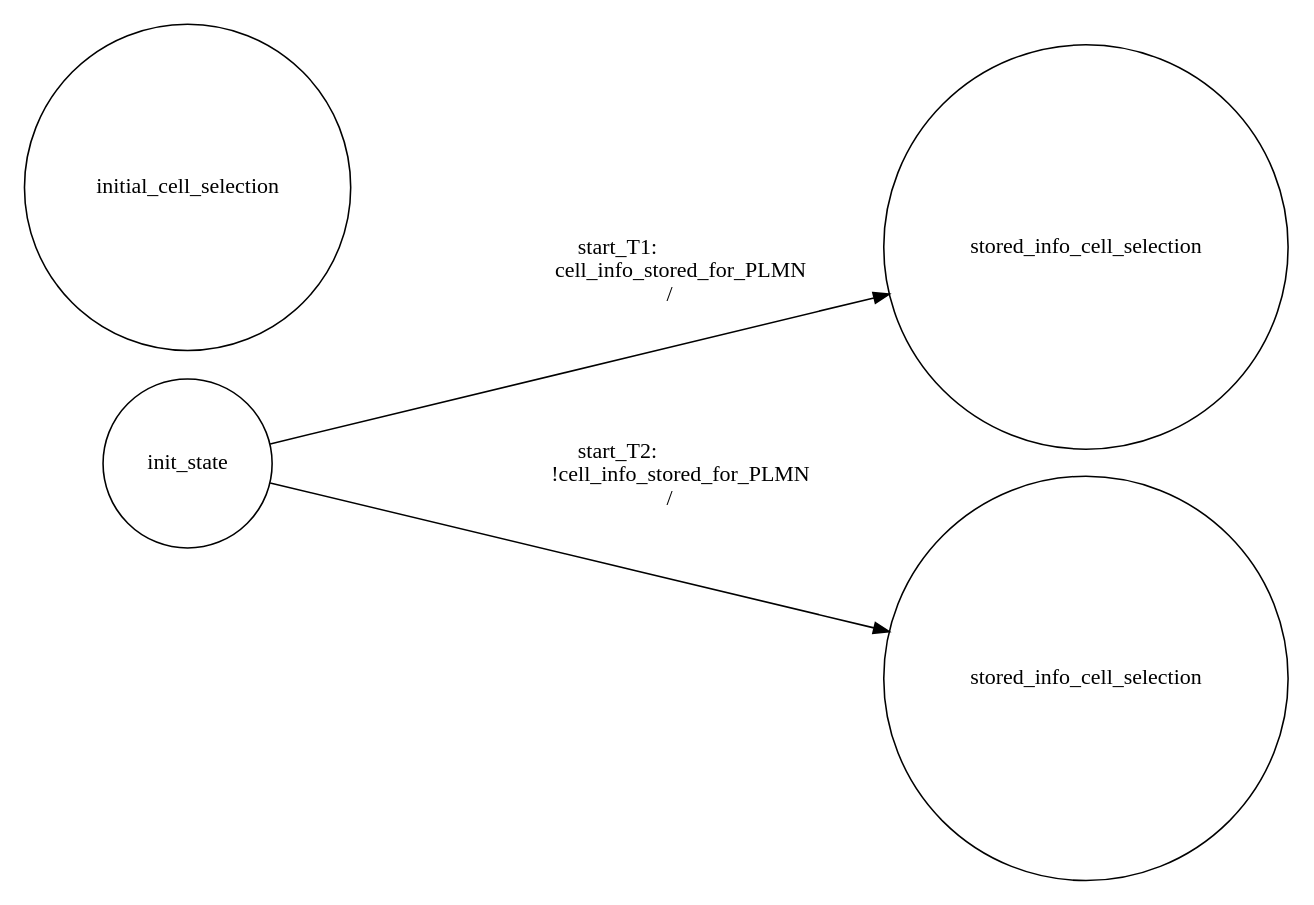
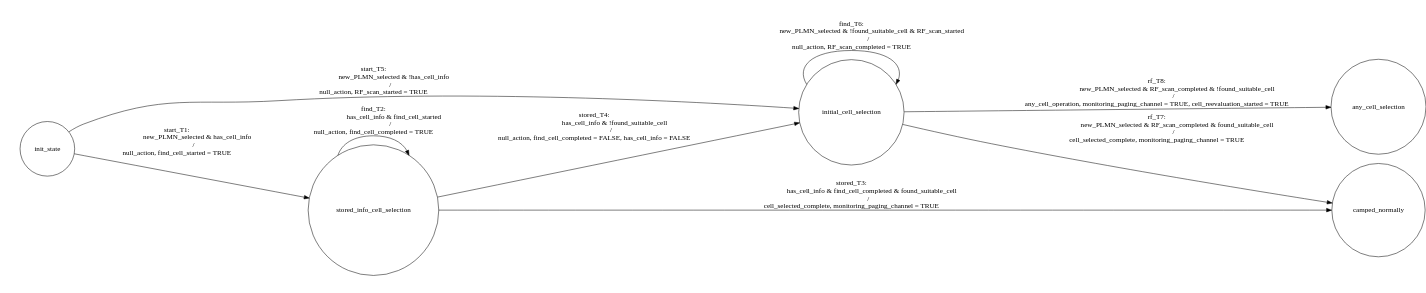
Before and after one commit to alexkgrimes/RRCInspector: the diagram in UE.dot, drawn with Graphviz. The commit also changed 5 other files, not shown here.

Commit message:
UE cell selection process complete

```diff
--- a/UE.dot
+++ b/UE.dot
@@ -1,15 +1,41 @@
 digraph UE{
 rankdir = LR;
 size = "8,5"
 node [shape = circle, label="init_state"]init_state;
 node [shape = circle, label="initial_cell_selection"]initial_cell_selection;
 node [shape = circle, label="stored_info_cell_selection"]stored_info_cell_selection;
+node [shape = circle, label="camped_normally"]camped_normally;
+node [shape = circle, label="any_cell_selection"]any_cell_selection;
 init_state -> stored_info_cell_selection [label = "start_T1: 
-                        cell_info_stored_for_PLMN
+                        new_PLMN_selected & has_cell_info
                     /
-"]
-init_state -> None [label = "start_T2: 
-                        !cell_info_stored_for_PLMN
+null_action, find_cell_started = TRUE"]
+stored_info_cell_selection -> stored_info_cell_selection [label = "find_T2: 
+                        has_cell_info & find_cell_started
                     /
-"]
+null_action, find_cell_completed = TRUE"]
+stored_info_cell_selection -> camped_normally [label = "stored_T3: 
+                        has_cell_info & find_cell_completed & found_suitable_cell
+                    /
+cell_selected_complete, monitoring_paging_channel = TRUE"]
+stored_info_cell_selection -> initial_cell_selection [label = "stored_T4: 
+                        has_cell_info & !found_suitable_cell
+                    /
+null_action, find_cell_completed = FALSE, has_cell_info = FALSE"]
+init_state -> initial_cell_selection [label = "start_T5: 
+                        new_PLMN_selected & !has_cell_info
+                    /
+null_action, RF_scan_started = TRUE"]
+initial_cell_selection -> initial_cell_selection [label = "find_T6: 
+                        new_PLMN_selected & !found_suitable_cell & RF_scan_started
+                    /
+null_action, RF_scan_completed = TRUE"]
+initial_cell_selection -> camped_normally [label = "rf_T7: 
+                        new_PLMN_selected & RF_scan_completed & found_suitable_cell
+                    /
+cell_selected_complete, monitoring_paging_channel = TRUE"]
+initial_cell_selection -> any_cell_selection [label = "rf_T8: 
+                        new_PLMN_selected & RF_scan_completed & !found_suitable_cell
+                    /
+any_cell_operation, monitoring_paging_channel = TRUE, cell_reevaluation_started = TRUE"]
 }
```
